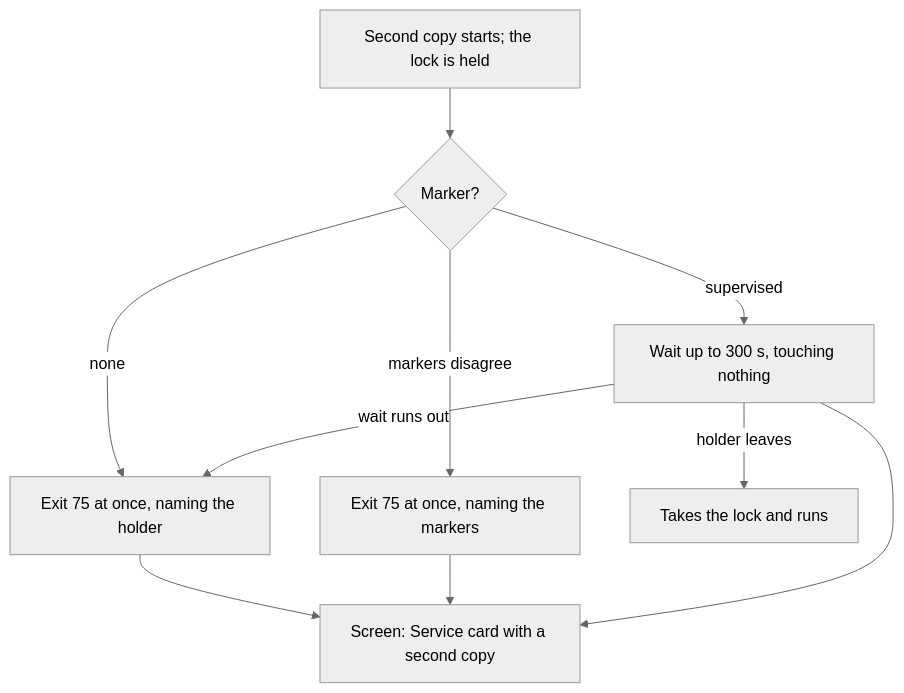
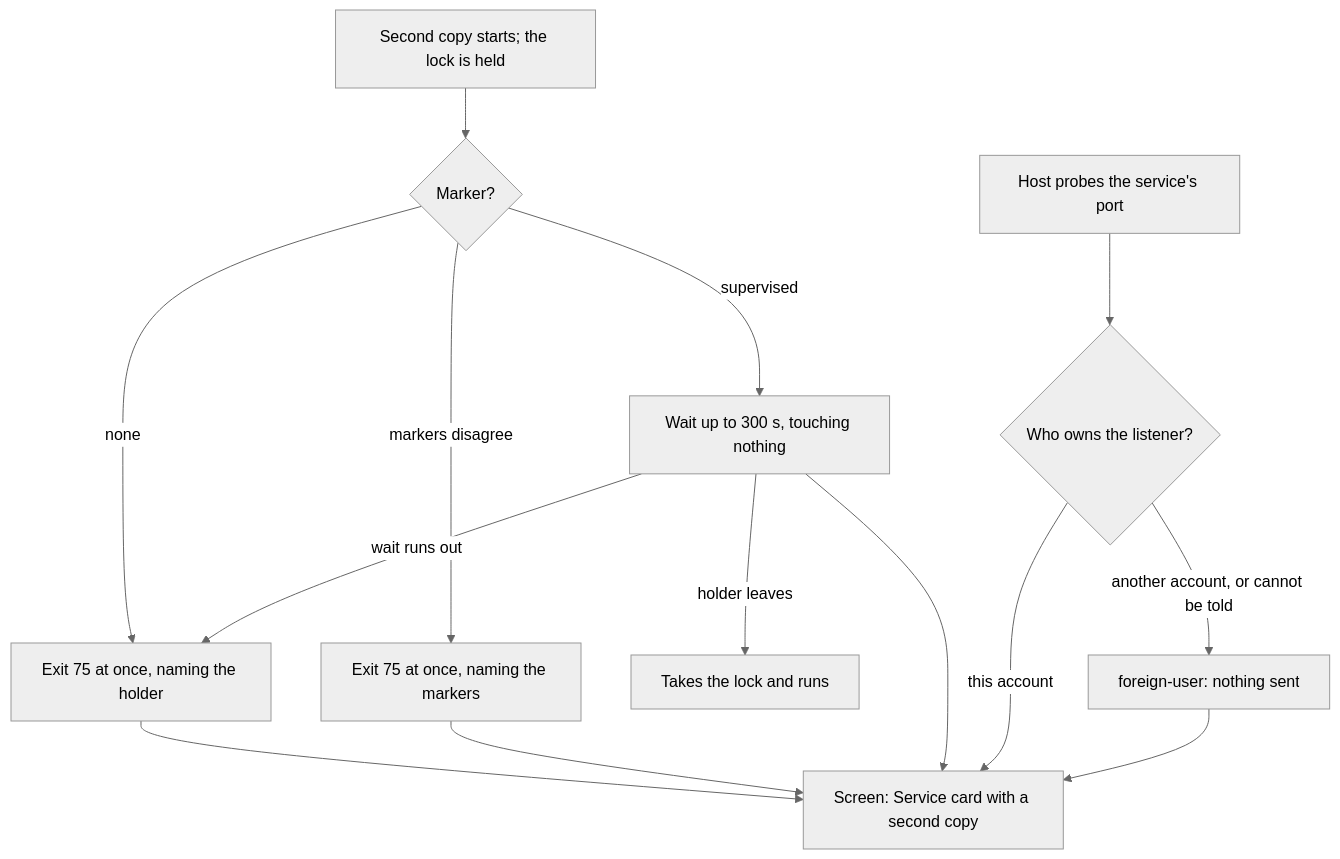
Before and after one commit to passioncode-ai/fabric-agent-contract: diagram 17 of 34 in docs/ux/flows.md, drawn with Mermaid (neutral theme). The commit also changed 24 other files, not shown here.

````diff
--- a/docs/ux/flows.md
+++ b/docs/ux/flows.md
@@ -427,12 +427,16 @@
 ```mermaid
 flowchart TD
   S[Second copy starts; the lock is held] --> M{Marker?}
   M -->|none| X[Exit 75 at once, naming the holder]
   M -->|markers disagree| C[Exit 75 at once, naming the markers]
   M -->|supervised| W[Wait up to 300 s, touching nothing]
   W -->|holder leaves| T[Takes the lock and runs]
   W -->|wait runs out| X
   X --> V[Screen: Service card with a second copy]
   C --> V
   W --> V
+  P[Host probes the service's port] --> O{Who owns the listener?}
+  O -->|this account| V
+  O -->|another account, or cannot be told| F[foreign-user: nothing sent]
+  F --> V
 ```
````
